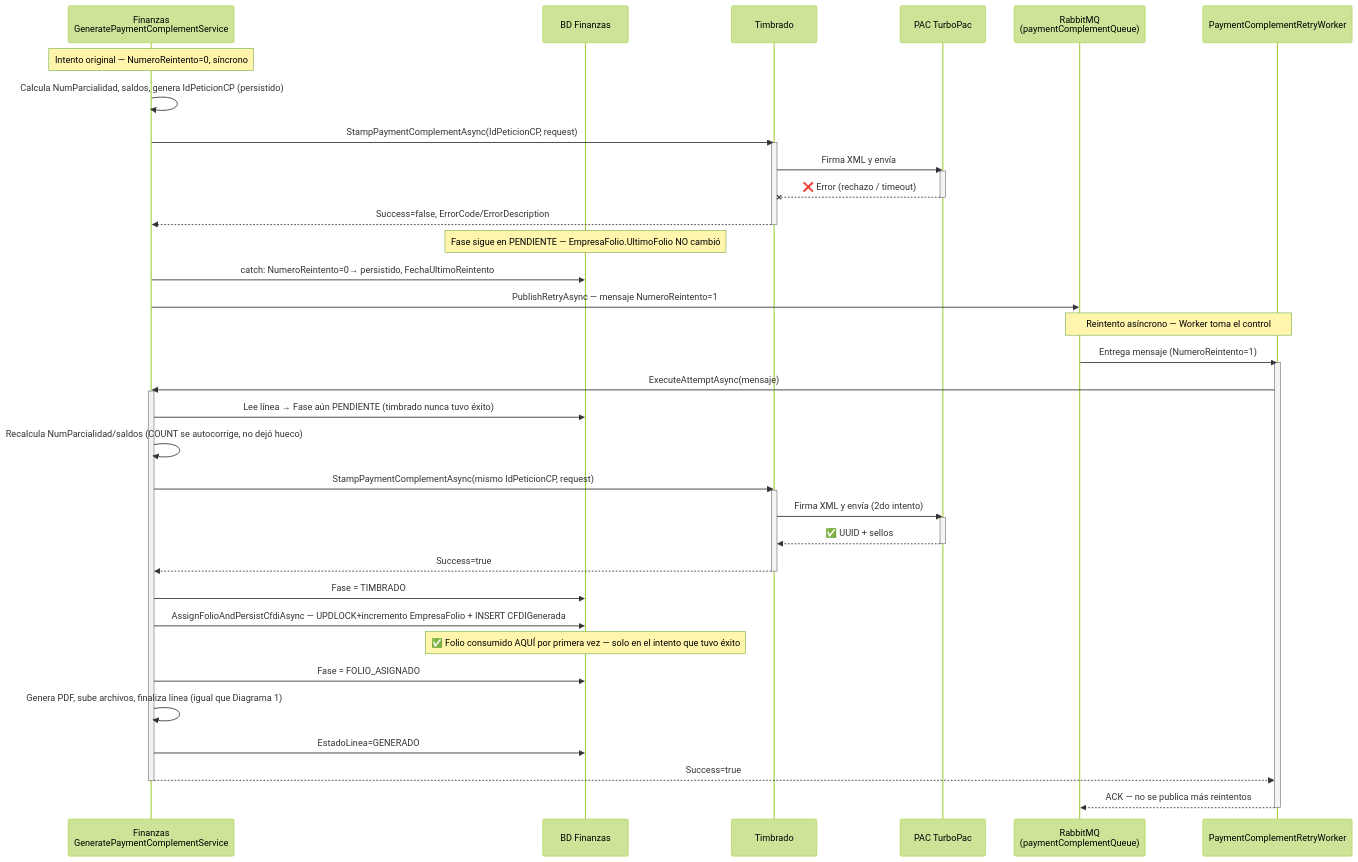
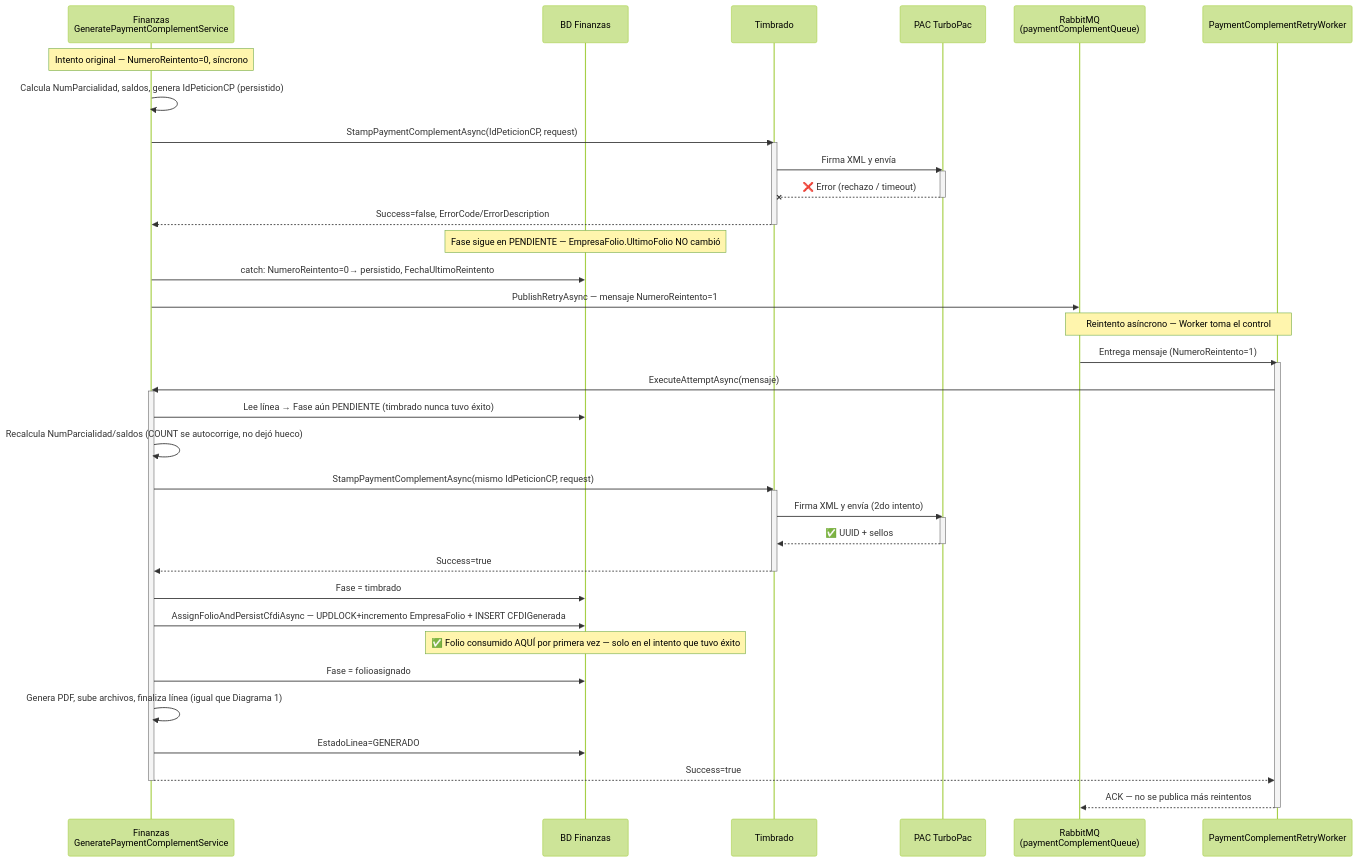
One commit to JuanGarciaRyndem/R16-Documentacion changed the second of 3 diagrams in Requisitos/R16A-RE-FU-030/DIS-SOL-backend-complemento-pago.md. Above: the diagram before and after it, drawn with Mermaid (forest theme). The commit also changed other lines of this file and 32 other files, not shown here.

````diff
--- a/Requisitos/R16A-RE-FU-030/DIS-SOL-backend-complemento-pago.md
+++ b/Requisitos/R16A-RE-FU-030/DIS-SOL-backend-complemento-pago.md
@@ -201,55 +201,55 @@
 ```mermaid
 sequenceDiagram
     participant F as Finanzas<br/>GeneratePaymentComplementService
     participant BDF as BD Finanzas
     participant T as Timbrado
     participant PAC as PAC TurboPac
     participant MQ as RabbitMQ<br/>(paymentComplementQueue)
     participant W as PaymentComplementRetryWorker
 
     Note over F: Intento original — NumeroReintento=0, síncrono
 
     F->>F: Calcula NumParcialidad, saldos, genera IdPeticionCP (persistido)
     F->>T: StampPaymentComplementAsync(IdPeticionCP, request)
     activate T
     T->>PAC: Firma XML y envía
     activate PAC
     PAC--xT: ❌ Error (rechazo / timeout)
     deactivate PAC
     T-->>F: Success=false, ErrorCode/ErrorDescription
     deactivate T
 
     Note over BDF: Fase sigue en PENDIENTE — EmpresaFolio.UltimoFolio NO cambió
 
     F->>BDF: catch: NumeroReintento=0→ persistido, FechaUltimoReintento
     F->>MQ: PublishRetryAsync — mensaje NumeroReintento=1
 
     Note over MQ,W: Reintento asíncrono — Worker toma el control
 
     MQ->>W: Entrega mensaje (NumeroReintento=1)
     activate W
     W->>F: ExecuteAttemptAsync(mensaje)
     activate F
     F->>BDF: Lee línea → Fase aún PENDIENTE (timbrado nunca tuvo éxito)
     F->>F: Recalcula NumParcialidad/saldos (COUNT se autocorrige, no dejó hueco)
     F->>T: StampPaymentComplementAsync(mismo IdPeticionCP, request)
     activate T
     T->>PAC: Firma XML y envía (2do intento)
     activate PAC
     PAC-->>T: ✅ UUID + sellos
     deactivate PAC
     T-->>F: Success=true
     deactivate T
-    F->>BDF: Fase = TIMBRADO
+    F->>BDF: Fase = timbrado
 
     F->>BDF: AssignFolioAndPersistCfdiAsync — UPDLOCK+incremento EmpresaFolio + INSERT CFDIGenerada
     Note over BDF: ✅ Folio consumido AQUÍ por primera vez — solo en el intento que tuvo éxito
-    F->>BDF: Fase = FOLIO_ASIGNADO
+    F->>BDF: Fase = folioasignado
 
     F->>F: Genera PDF, sube archivos, finaliza línea (igual que Diagrama 1)
     F->>BDF: EstadoLinea=GENERADO
     F-->>W: Success=true
     deactivate F
     W-->>MQ: ACK — no se publica más reintentos
     deactivate W
 ```
````
